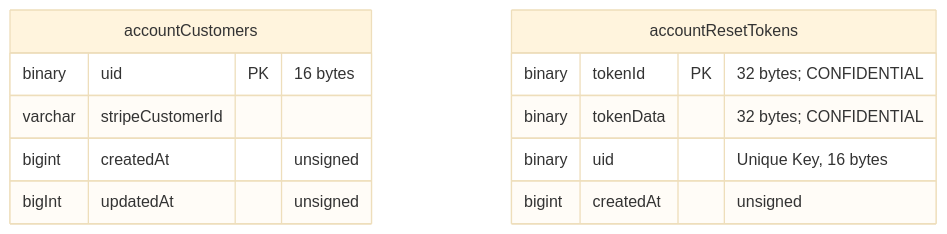
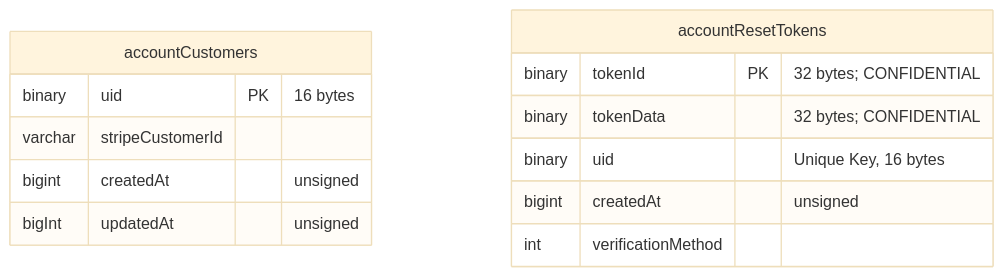
Before and after one commit to mozilla/ecosystem-platform: the first of 19 diagrams in docs/reference/database-structure.md, drawn with Mermaid (base theme). The commit also changed other lines of this file, not shown here.

````diff
--- a/docs/reference/database-structure.md
+++ b/docs/reference/database-structure.md
@@ -30,15 +30,16 @@
 ```mermaid
 erDiagram
     accountCustomers {
         binary uid PK "16 bytes"
         varchar stripeCustomerId
         bigint createdAt "unsigned"
         bigInt updatedAt "unsigned"
     }
     accountResetTokens {
         binary tokenId PK "32 bytes; CONFIDENTIAL"
         binary tokenData "32 bytes; CONFIDENTIAL"
         binary uid "Unique Key, 16 bytes"
         bigint createdAt "unsigned"
+        int verificationMethod
     }
 ```
````
